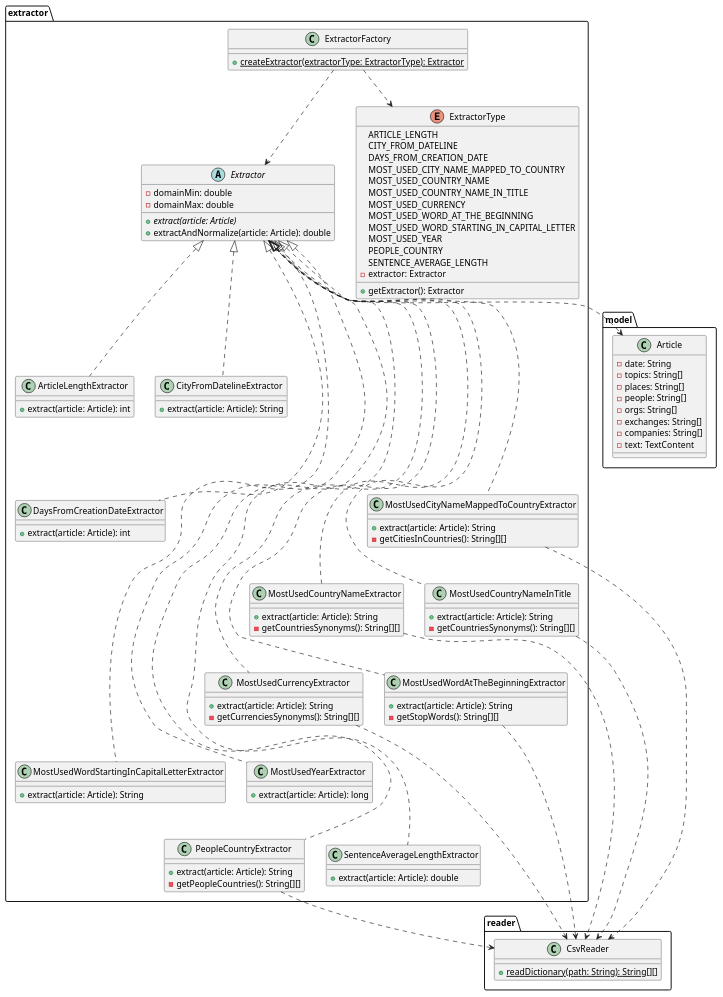
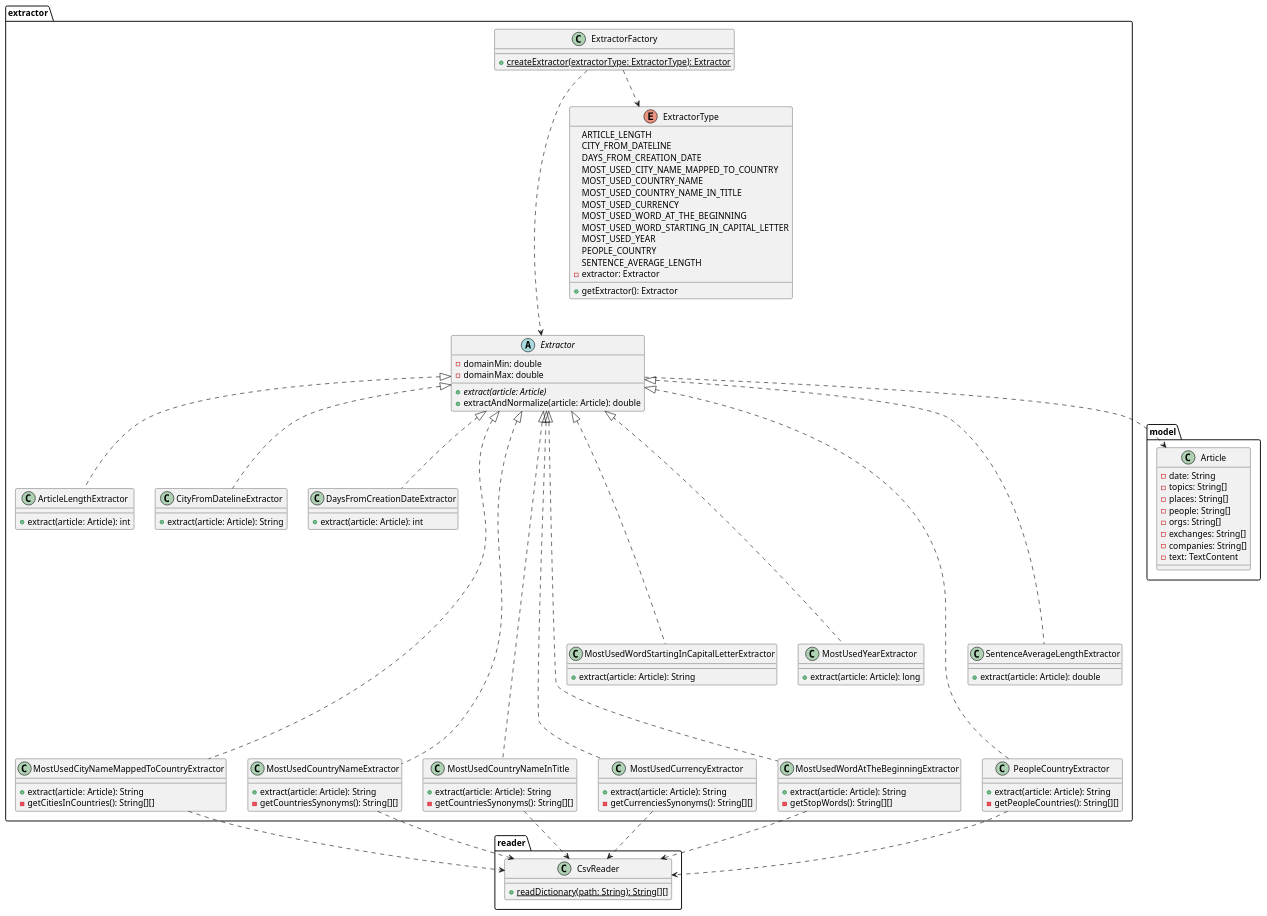
The fourth of 10 diagrams in README.md (kambed/Computer-Recognition-Systems), drawn with PlantUML before and after one commit.

Commit message:
Improve visibility

```diff
--- a/README.md
+++ b/README.md
@@ -200,16 +200,16 @@
     
     Extractor <|.. ArticleLengthExtractor
     Extractor <|.. CityFromDatelineExtractor
-    Extractor <|... DaysFromCreationDateExtractor
-    Extractor <|... MostUsedCityNameMappedToCountryExtractor
-    Extractor <|.... MostUsedCountryNameExtractor
-    Extractor <|.... MostUsedCountryNameInTitle
-    Extractor <|..... MostUsedCurrencyExtractor
-    Extractor <|..... MostUsedWordAtTheBeginningExtractor
-    Extractor <|...... MostUsedWordStartingInCapitalLetterExtractor
-    Extractor <|...... MostUsedYearExtractor
-    Extractor <|....... PeopleCountryExtractor
-    Extractor <|....... SentenceAverageLengthExtractor
+    Extractor <|.. DaysFromCreationDateExtractor
+    Extractor <|.... MostUsedWordStartingInCapitalLetterExtractor
+    Extractor <|.... MostUsedYearExtractor
+    Extractor <|.... SentenceAverageLengthExtractor
+    Extractor <|...... MostUsedCountryNameExtractor
+    Extractor <|...... MostUsedCountryNameInTitle
+    Extractor <|...... MostUsedCurrencyExtractor
+    Extractor <|...... MostUsedCityNameMappedToCountryExtractor
+    Extractor <|...... MostUsedWordAtTheBeginningExtractor
+    Extractor <|...... PeopleCountryExtractor
     
     class ExtractorFactory {
         + {static} createExtractor(extractorType: ExtractorType): Extractor
@@ -230,7 +230,7 @@
         - extractor: Extractor
         + getExtractor(): Extractor
     }
-    ExtractorFactory ..> Extractor
+    ExtractorFactory ...> Extractor
     ExtractorFactory ..> ExtractorType
 }
 package reader {
```
